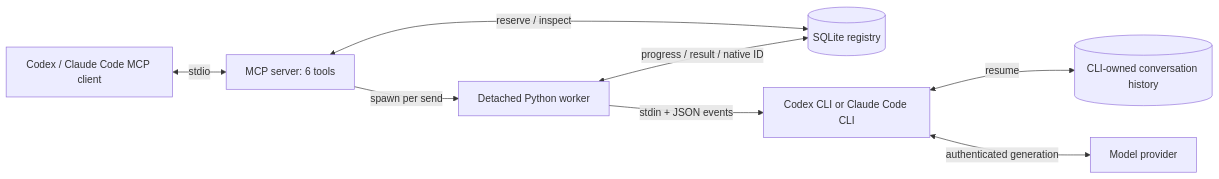
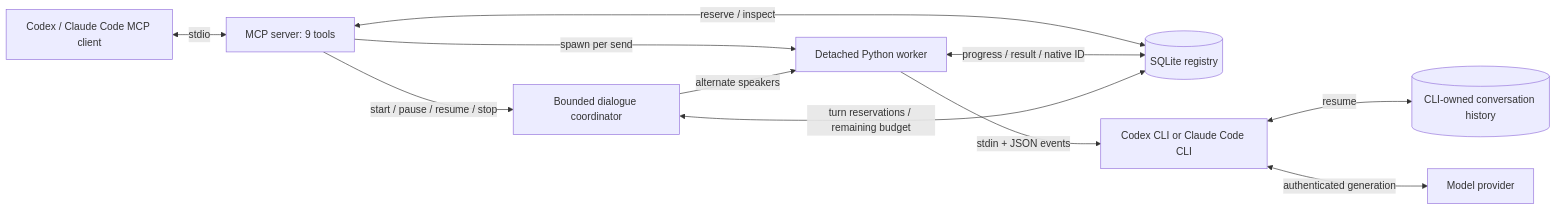
One commit to shuhei0866/agents-harnesses changed the diagram in mcp/local-sessions/README.md. Above: the diagram before and after it, drawn with Mermaid. The commit also changed other lines of this file and 13 other files, not shown here.

````diff
--- a/mcp/local-sessions/README.md
+++ b/mcp/local-sessions/README.md
@@ -20,10 +21,13 @@
 ```mermaid
 flowchart LR
-    H["Codex / Claude Code MCP client"] <-->|stdio| S["MCP server: 6 tools"]
+    H["Codex / Claude Code MCP client"] <-->|stdio| S["MCP server: 9 tools"]
     S <-->|reserve / inspect| D[("SQLite registry")]
     S -->|spawn per send| W["Detached Python worker"]
     W <-->|progress / result / native ID| D
+    S -->|start / pause / resume / stop| B["Bounded dialogue coordinator"]
+    B <-->|turn reservations / remaining budget| D
+    B -->|alternate speakers| W
     W -->|stdin + JSON events| C["Codex CLI or Claude Code CLI"]
     C <-->|resume| N[("CLI-owned conversation history")]
     C <-->|authenticated generation| P["Model provider"]
 ```
````
